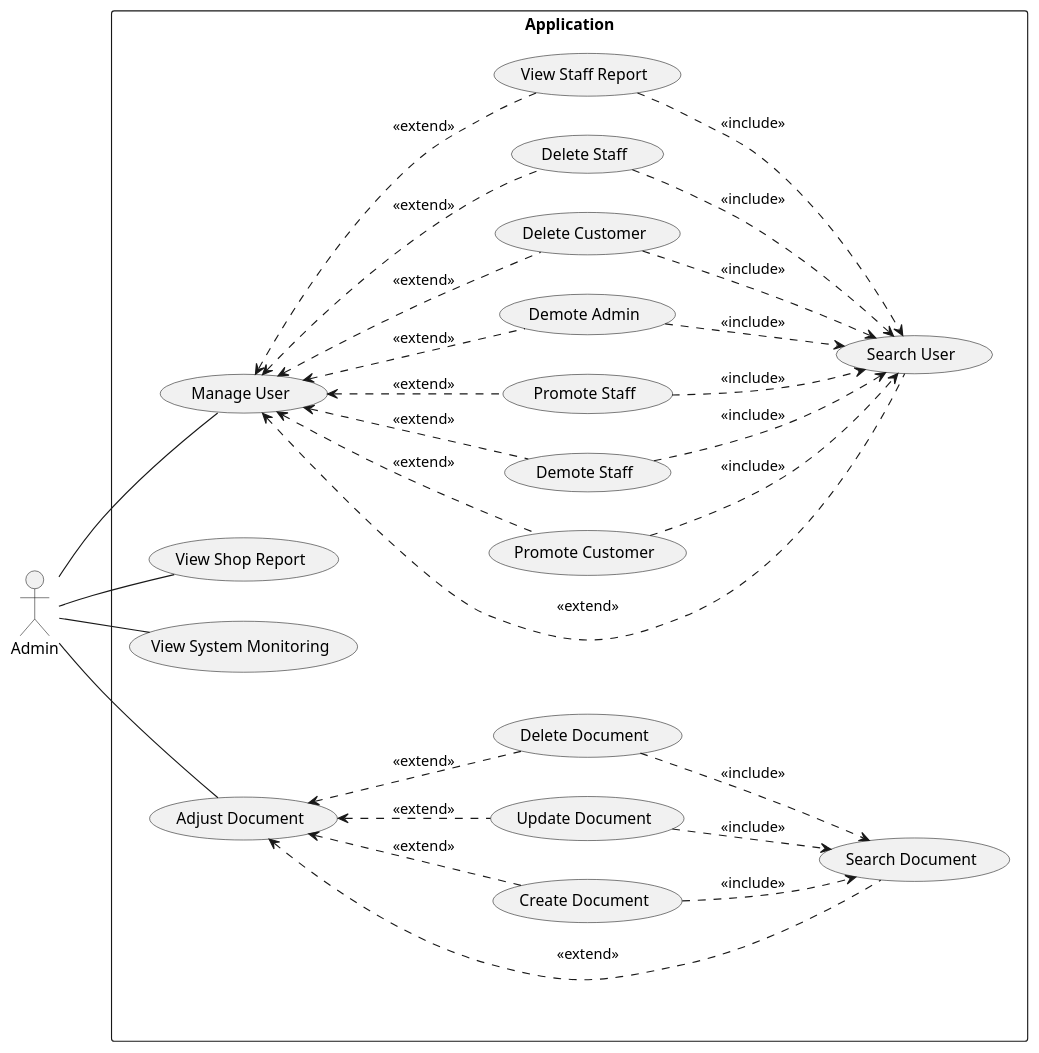
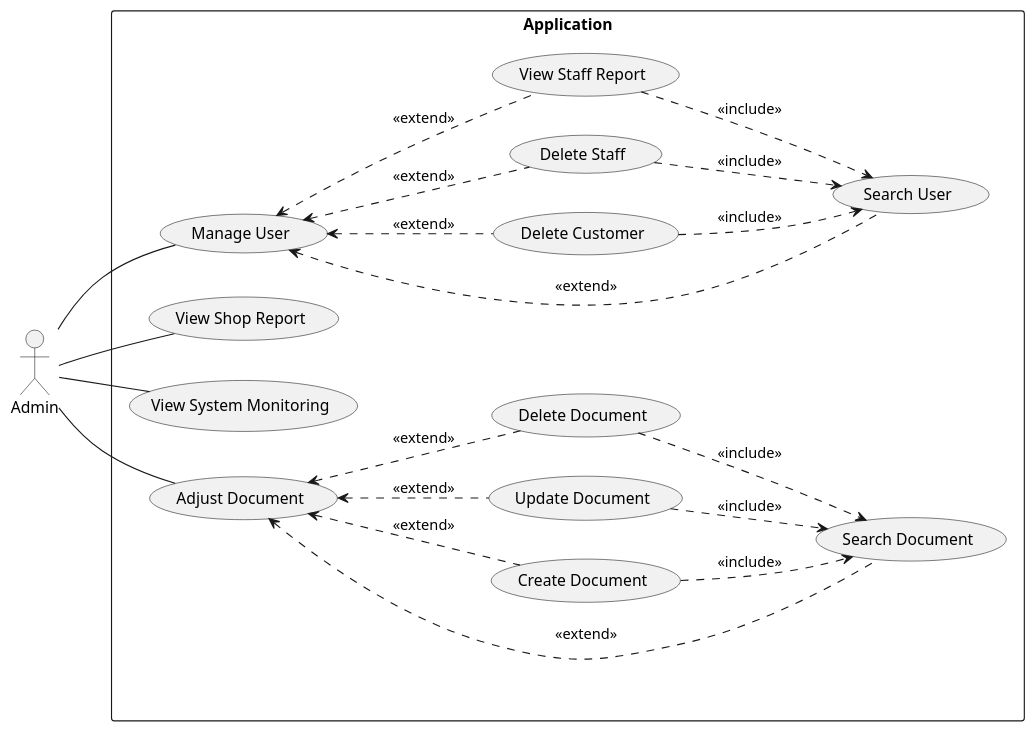
One commit to electricilies/electricilies.github.io changed the diagram in docs/docs/use-case/admin.md. Above: the diagram before and after it, drawn with PlantUML. The commit also changed 10 other files, not shown here.

````diff
--- a/docs/docs/use-case/admin.md
+++ b/docs/docs/use-case/admin.md
@@ -3,54 +3,42 @@
 ```plantuml
 @startuml
 left to right direction
 actor Admin
 
 rectangle "Application" {
   usecase UC01 as "Manage User"
   usecase UC02 as "Search User"
-  usecase UC03 as "Promote Customer"
-  usecase UC04 as "Demote Staff"
-  usecase UC05 as "Promote Staff"
-  usecase UC06 as "Demote Admin"
-  usecase UC07 as "Delete Customer"
-  usecase UC08 as "Delete Staff"
-  usecase UC09 as "View Staff Report"
-  usecase UC10 as "View Shop Report"
-  usecase UC11 as "View System Monitoring"
-  usecase UC12 as "Adjust Document"
-  usecase UC13 as "Search Document"
-  usecase UC14 as "Create Document"
-  usecase UC15 as "Update Document"
-  usecase UC16 as "Delete Document"
+  usecase UC03 as "Delete Customer"
+  usecase UC04 as "Delete Staff"
+  usecase UC05 as "View Staff Report"
+  usecase UC06 as "View Shop Report"
+  usecase UC07 as "View System Monitoring"
+  usecase UC08 as "Adjust Document"
+  usecase UC09 as "Search Document"
+  usecase UC10 as "Create Document"
+  usecase UC11 as "Update Document"
+  usecase UC12 as "Delete Document"
 }
 
 Admin -- UC01
-Admin -- UC10
-Admin -- UC11
-Admin -- UC12
+Admin -- UC06
+Admin -- UC07
+Admin -- UC08
 
 UC01 <.. UC02 : <<extend>>
 UC01 <.. UC03 : <<extend>>
 UC01 <.. UC04 : <<extend>>
 UC01 <.. UC05 : <<extend>>
-UC01 <.. UC06 : <<extend>>
-UC01 <.. UC07 : <<extend>>
-UC01 <.. UC08 : <<extend>>
-UC01 <.. UC09 : <<extend>>
 UC03 ..> UC02 : <<include>>
 UC04 ..> UC02 : <<include>>
 UC05 ..> UC02 : <<include>>
-UC06 ..> UC02 : <<include>>
-UC07 ..> UC02 : <<include>>
-UC08 ..> UC02 : <<include>>
-UC09 ..> UC02 : <<include>>
-UC12 <.. UC13 : <<extend>>
-UC12 <.. UC14 : <<extend>>
-UC12 <.. UC15 : <<extend>>
-UC12 <.. UC16 : <<extend>>
-UC14 ..> UC13 : <<include>>
-UC15 ..> UC13 : <<include>>
-UC16 ..> UC13 : <<include>>
+UC08 <.. UC09 : <<extend>>
+UC08 <.. UC10 : <<extend>>
+UC08 <.. UC11 : <<extend>>
+UC08 <.. UC12 : <<extend>>
+UC10 ..> UC09 : <<include>>
+UC11 ..> UC09 : <<include>>
+UC12 ..> UC09 : <<include>>
 
 @enduml
 ```
````
